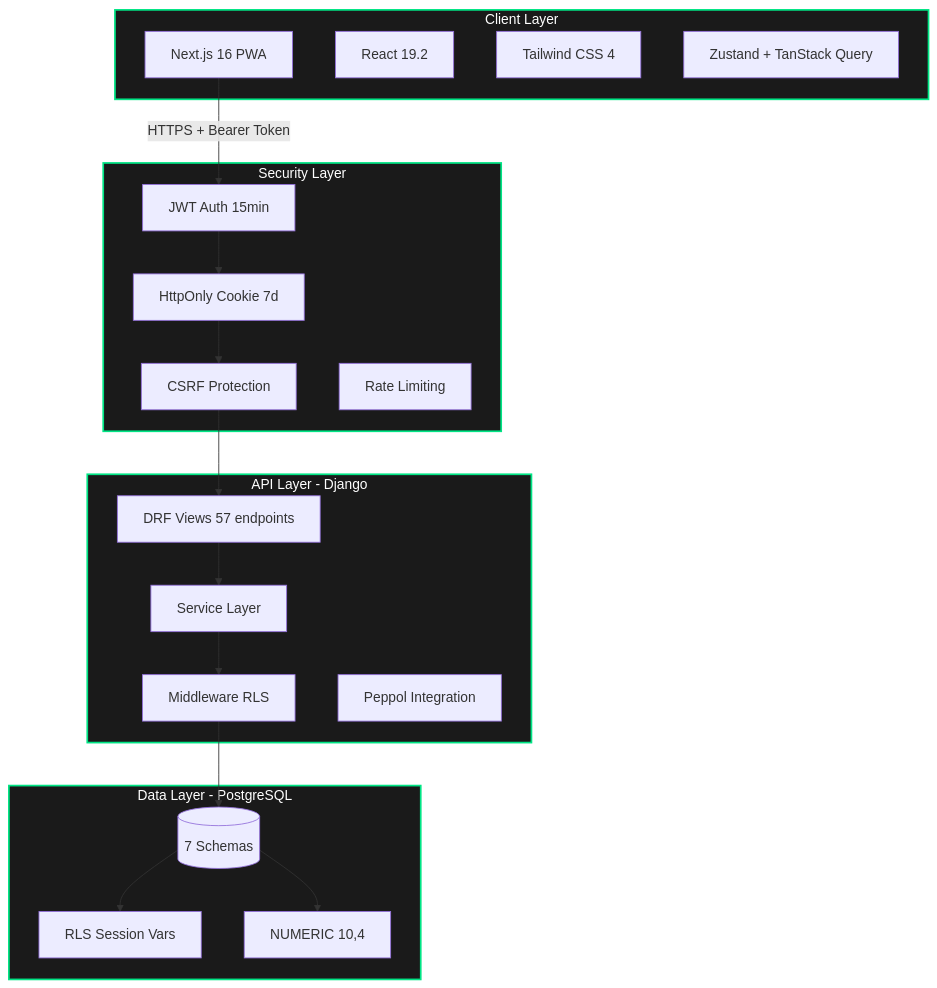
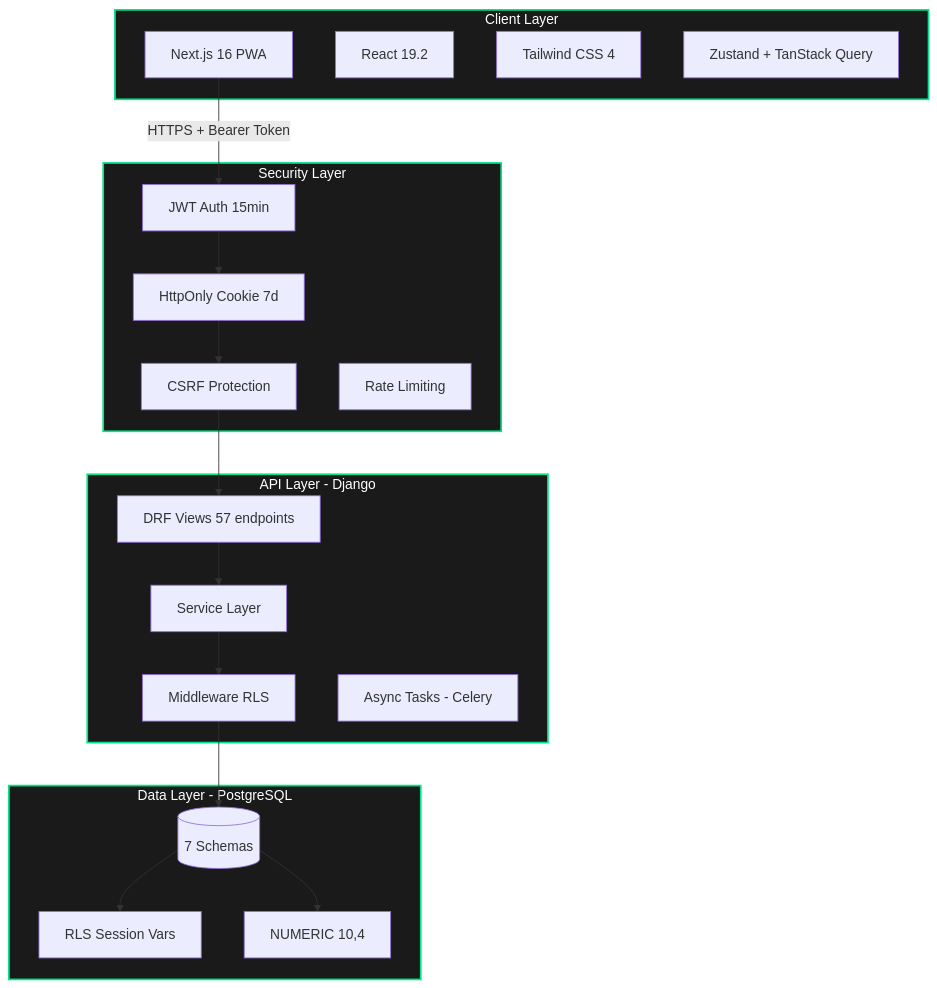
Before and after one commit to nordeim/SG-SMB-Accounting: the first of 2 diagrams in Project_Architecture_Document.md, drawn with Mermaid. The commit also changed other lines of this file and 34 other files, not shown here.

````diff
--- a/Project_Architecture_Document.md
+++ b/Project_Architecture_Document.md
@@ -48,44 +48,44 @@
 ```mermaid
 flowchart TB
     subgraph Client["Client Layer"]
         A[Next.js 16 PWA]
         B[React 19.2]
         C[Tailwind CSS 4]
         D[Zustand + TanStack Query]
     end
 
     subgraph Security["Security Layer"]
         E[JWT Auth 15min]
         F[HttpOnly Cookie 7d]
         G[CSRF Protection]
         H[Rate Limiting]
     end
 
     subgraph API["API Layer - Django"]
         I[DRF Views 57 endpoints]
         J[Service Layer]
         K[Middleware RLS]
-        L[Peppol Integration]
+        L[Async Tasks - Celery]
     end
 
     subgraph Data["Data Layer - PostgreSQL"]
         M[(7 Schemas)]
         N[RLS Session Vars]
         O[NUMERIC 10,4]
     end
 
     A -->|HTTPS + Bearer Token| E
     E --> F
     F --> G
     G --> I
     I --> J
     J --> K
     K --> M
     M --> N
     M --> O
 
     style Client fill:#1a1a1a,stroke:#00E585,stroke-width:2px,color:#fff
     style Security fill:#1a1a1a,stroke:#00E585,stroke-width:2px,color:#fff
     style API fill:#1a1a1a,stroke:#00E585,stroke-width:2px,color:#fff
     style Data fill:#1a1a1a,stroke:#00E585,stroke-width:2px,color:#fff
 ```
````
